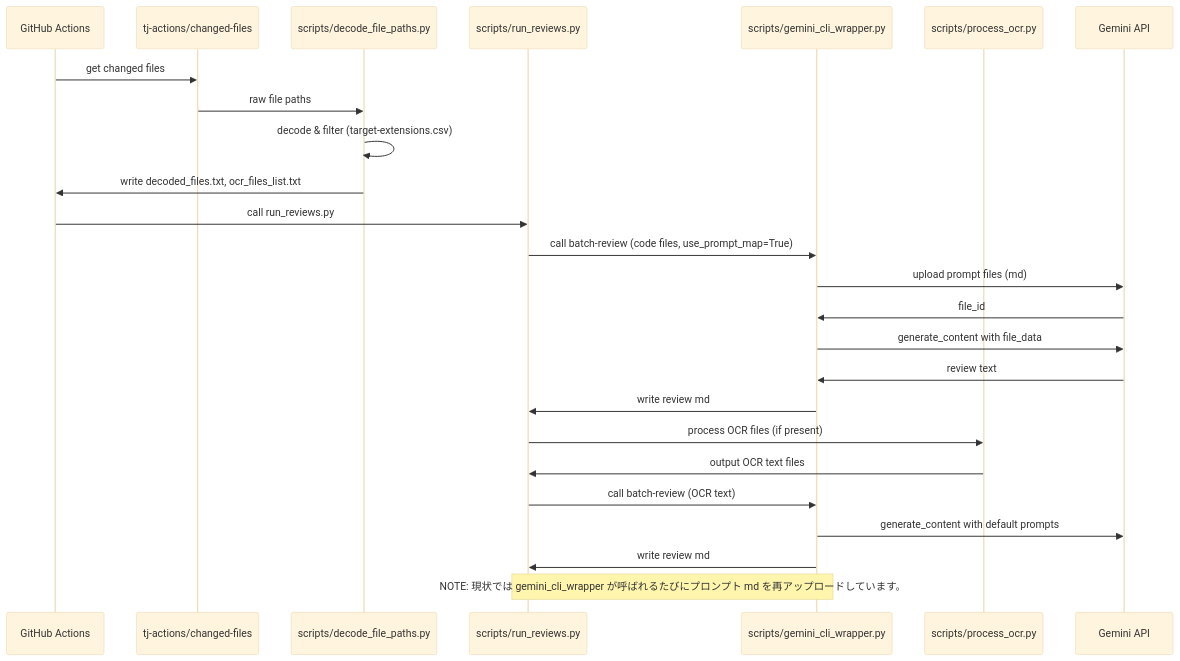
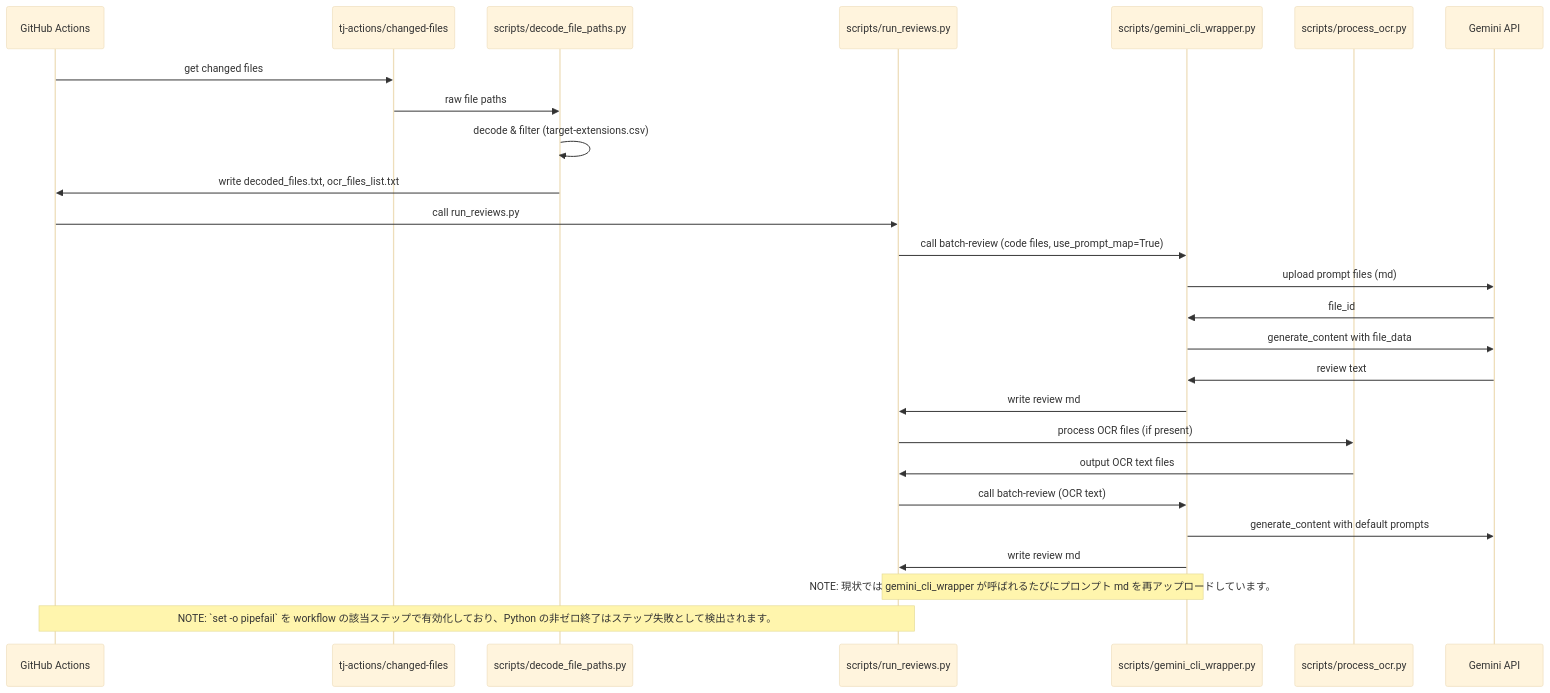
One commit to m-Inmoat/review-automation changed the second of 2 diagrams in manual/review_system_diagram.md. Above: the diagram before and after it, drawn with Mermaid (base theme). The commit also changed other lines of this file and 8 other files, not shown here.

````diff
--- a/manual/review_system_diagram.md
+++ b/manual/review_system_diagram.md
@@ -56,31 +57,32 @@
 ```mermaid
 sequenceDiagram
     participant GH as GitHub Actions
     participant CF as tj-actions/changed-files
     participant DEC as scripts/decode_file_paths.py
     participant RUN as scripts/run_reviews.py
     participant GEM as scripts/gemini_cli_wrapper.py
     participant OCR as scripts/process_ocr.py
     participant API as Gemini API
 
     GH->>CF: get changed files
     CF->>DEC: raw file paths
     DEC->>DEC: decode & filter (target-extensions.csv)
     DEC->>GH: write decoded_files.txt, ocr_files_list.txt
 
     GH->>RUN: call run_reviews.py
     RUN->>GEM: call batch-review (code files, use_prompt_map=True)
     GEM->>API: upload prompt files (md)
     API->>GEM: file_id
     GEM->>API: generate_content with file_data
     API->>GEM: review text
     GEM->>RUN: write review md
 
     RUN->>OCR: process OCR files (if present)
     OCR->>RUN: output OCR text files
     RUN->>GEM: call batch-review (OCR text)
     GEM->>API: generate_content with default prompts
     GEM->>RUN: write review md
 
     Note over RUN,GEM: NOTE: 現状では gemini_cli_wrapper が呼ばれるたびにプロンプト md を再アップロードしています。
+    Note over GH,RUN: NOTE: `set -o pipefail` を workflow の該当ステップで有効化しており、Python の非ゼロ終了はステップ失敗として検出されます。
 ```
````
